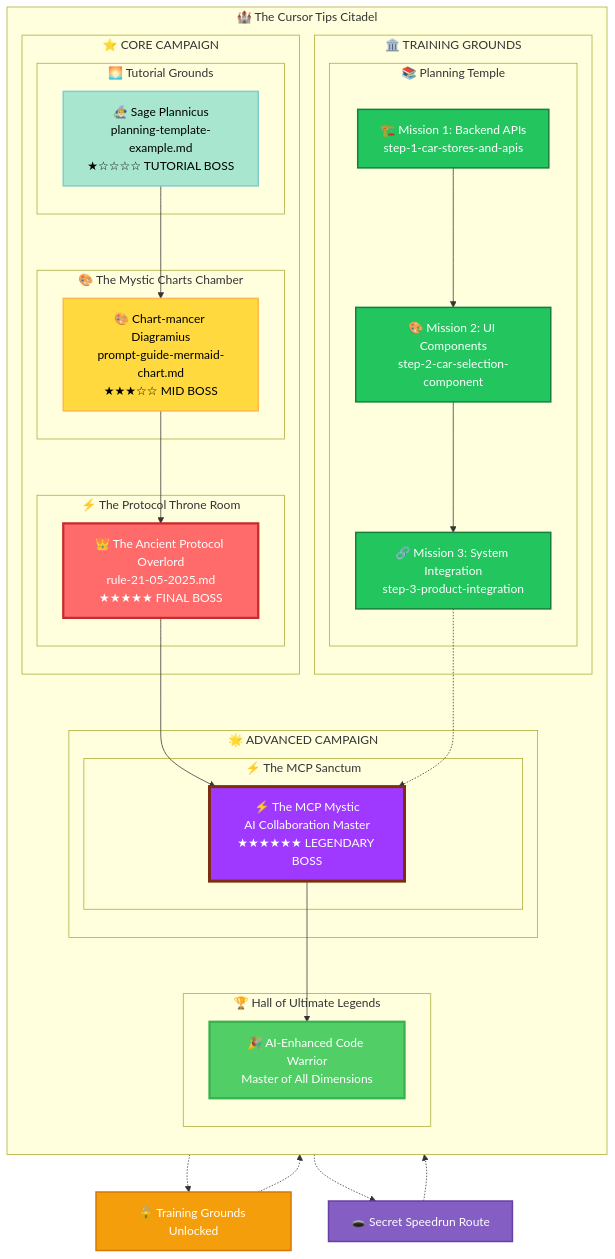
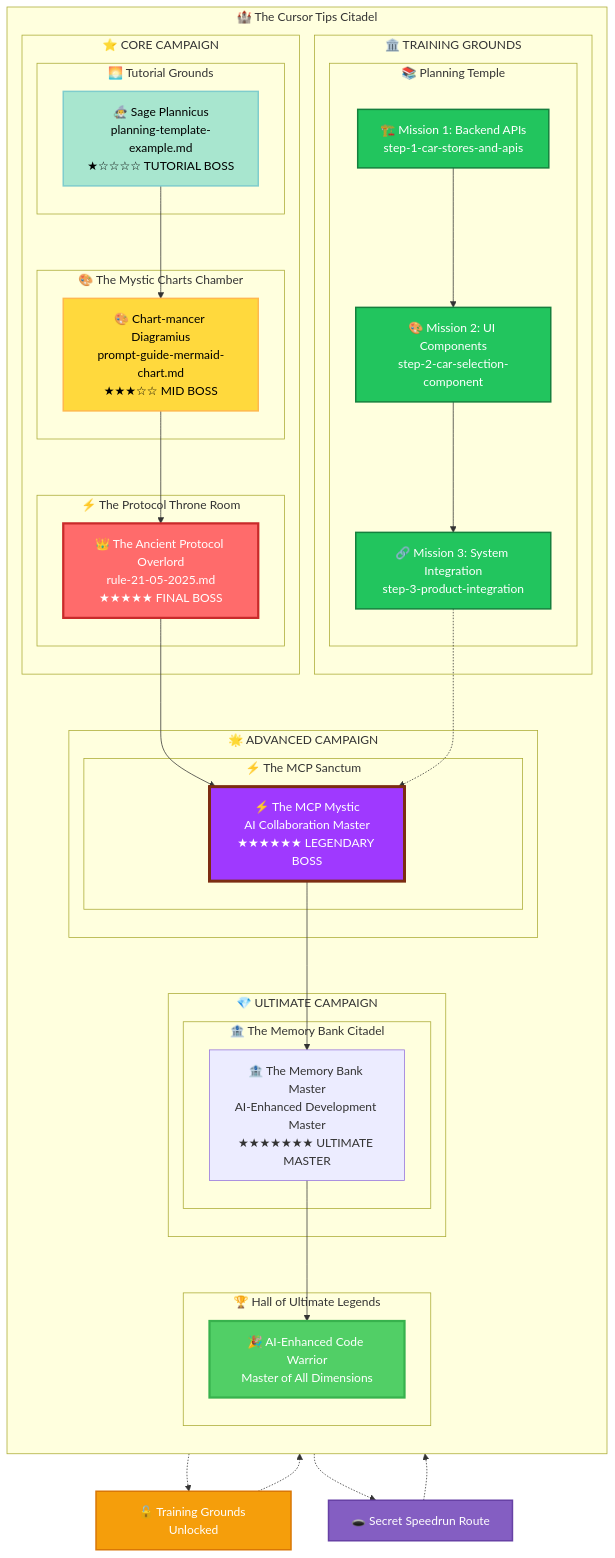
The second of 10 diagrams in README.md (giang6283623/cursor-tip), drawn with Mermaid before and after one commit. The commit also changed other lines of this file and 60 other files, not shown here.

````diff
--- a/README.md
+++ b/README.md
@@ -87,70 +94,77 @@
 ```mermaid
 graph TB
     subgraph "🏰 The Cursor Tips Citadel"
         direction TB
 
         subgraph "⭐ CORE CAMPAIGN"
             subgraph "🌅 Tutorial Grounds"
                 Tutorial[🧙‍♂️ Sage Plannicus<br/>planning-template-example.md<br/>★☆☆☆☆ TUTORIAL BOSS]
             end
 
             subgraph "🎨 The Mystic Charts Chamber"
                 Charts[🎨 Chart-mancer Diagramius<br/>prompt-guide-mermaid-chart.md<br/>★★★☆☆ MID BOSS]
             end
 
             subgraph "⚡ The Protocol Throne Room"
                 Protocol[👑 The Ancient Protocol Overlord<br/>rule-21-05-2025.md<br/>★★★★★ FINAL BOSS]
             end
         end
 
         subgraph "🌟 ADVANCED CAMPAIGN"
             subgraph "⚡ The MCP Sanctum"
                 MCPBoss[⚡ The MCP Mystic<br/>AI Collaboration Master<br/>★★★★★★ LEGENDARY BOSS]
             end
         end
 
+        subgraph "💎 ULTIMATE CAMPAIGN"
+            subgraph "🏦 The Memory Bank Citadel"
+                UltimateBoss[🏦 The Memory Bank Master<br/>AI-Enhanced Development Master<br/>★★★★★★★ ULTIMATE MASTER]
+            end
+        end
+
         subgraph "🏛️ TRAINING GROUNDS"
             subgraph "📚 Planning Temple"
                 Mission1[🏗️ Mission 1: Backend APIs<br/>step-1-car-stores-and-apis]
                 Mission2[🎨 Mission 2: UI Components<br/>step-2-car-selection-component]
                 Mission3[🔗 Mission 3: System Integration<br/>step-3-product-integration]
             end
         end
 
         subgraph "🏆 Hall of Ultimate Legends"
             Victory[🎉 AI-Enhanced Code Warrior<br/>Master of All Dimensions]
         end
     end
 
     Tutorial --> Charts
     Charts --> Protocol
     Protocol --> MCPBoss
-    MCPBoss --> Victory
+    MCPBoss --> UltimateBoss
+    UltimateBoss --> Victory
 
     Protocol -.-> TrainingUnlock[🔓 Training Grounds Unlocked]
     TrainingUnlock -.-> Mission1
     Mission1 --> Mission2
     Mission2 --> Mission3
     Mission3 -.-> MCPBoss
 
     Tutorial -.-> SecretPath[🕳️ Secret Speedrun Route]
     SecretPath -.-> Protocol
 
     classDef tutorial fill:#a8e6cf,stroke:#7fcdcd,stroke-width:2px,color:#000
     classDef intermediate fill:#ffd93d,stroke:#ffb84d,stroke-width:2px,color:#000
     classDef final fill:#ff6b6b,stroke:#c92a2a,stroke-width:3px,color:#fff
     classDef legendary fill:#9f39ff,stroke:#7c2d12,stroke-width:4px,color:#fff
     classDef training fill:#22c55e,stroke:#15803d,stroke-width:2px,color:#fff
     classDef victory fill:#51cf66,stroke:#37b24d,stroke-width:3px,color:#fff
     classDef secret fill:#845ec2,stroke:#6741a5,stroke-width:2px,color:#fff
     classDef unlock fill:#f59e0b,stroke:#d97706,stroke-width:2px,color:#fff
 
     class Tutorial tutorial
     class Charts intermediate
     class Protocol final
     class MCPBoss legendary
     class Mission1,Mission2,Mission3 training
     class Victory victory
     class SecretPath secret
     class TrainingUnlock unlock
 ```
````
